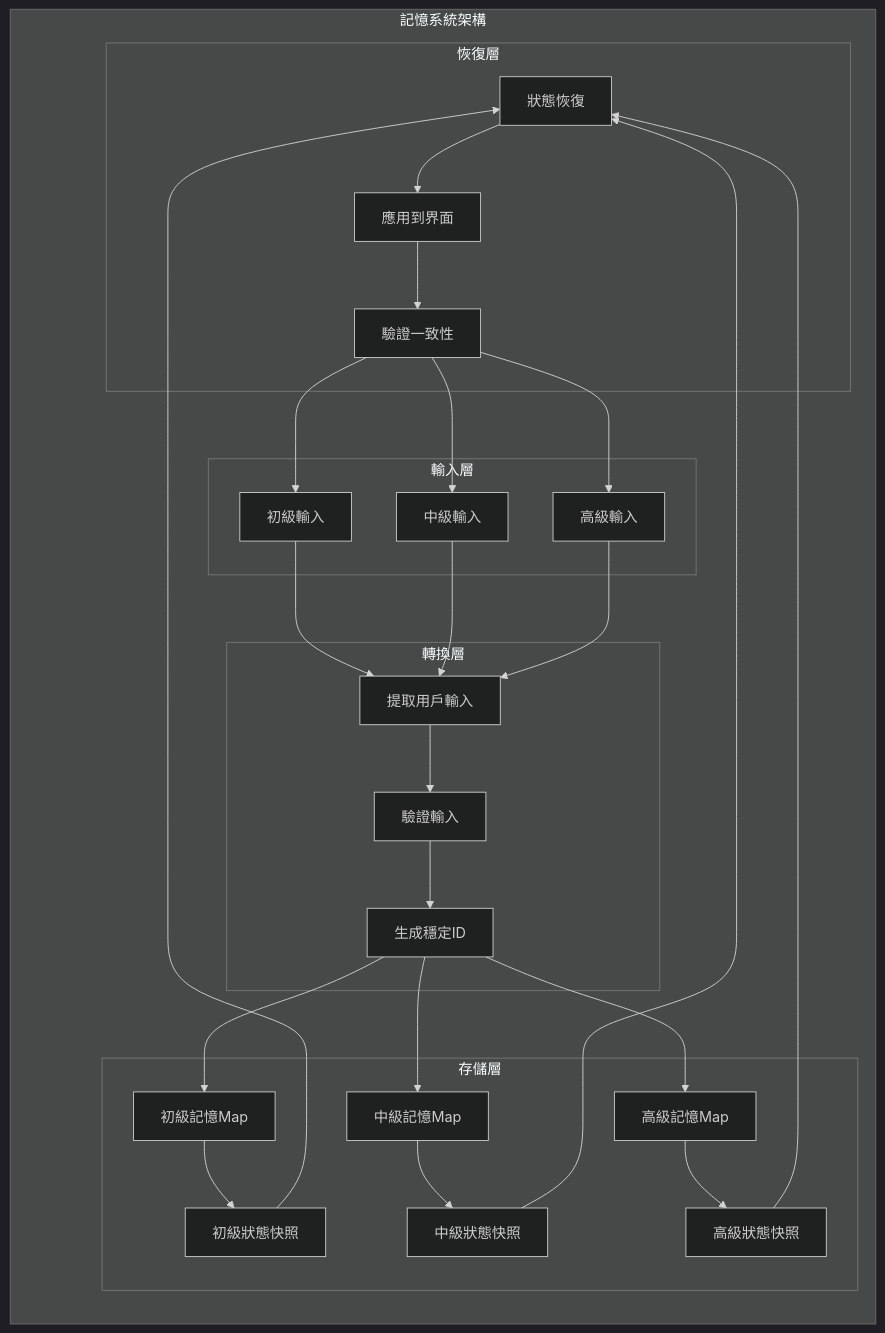
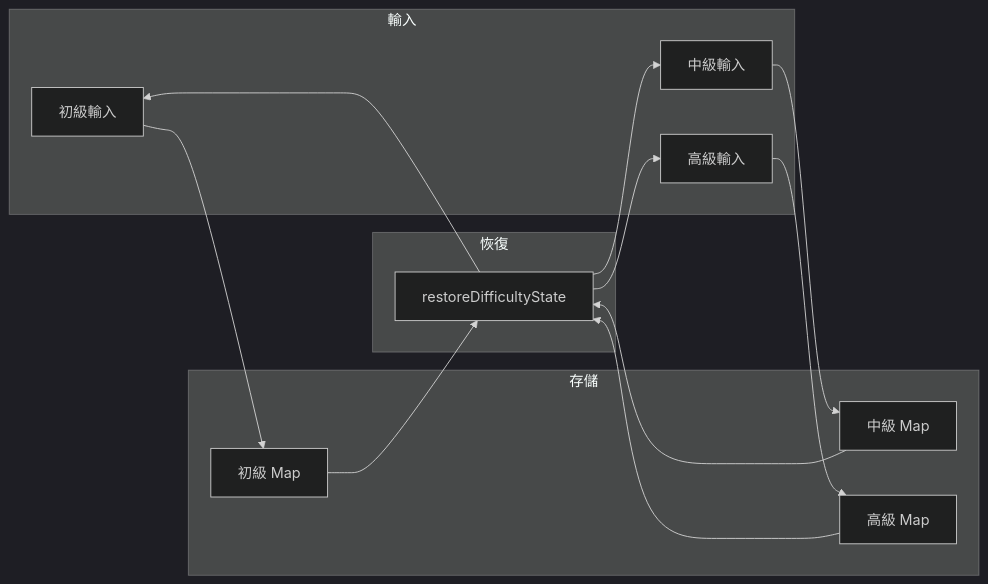
The fifth of 7 diagrams in docs/DICTATION_SYSTEM_ARCHITECTURE.md (crazycjh/language-learning-transcribe), drawn with Mermaid (dark theme) before and after one commit. The commit also changed other lines of this file and 7 other files, not shown here.

````diff
--- a/docs/DICTATION_SYSTEM_ARCHITECTURE.md
+++ b/docs/DICTATION_SYSTEM_ARCHITECTURE.md
@@ -287,55 +132,30 @@
 ```mermaid
 graph LR
-    subgraph "記憶系統架構"
-        subgraph "輸入層"
-            UI1[初級輸入]
-            UI2[中級輸入] 
-            UI3[高級輸入]
-        end
-        
-        subgraph "轉換層"
-            EXTRACT[提取用戶輸入]
-            VALIDATE[驗證輸入]
-            GENERATE_ID[生成穩定ID]
-        end
-        
-        subgraph "存儲層"
-            MAP1[初級記憶Map]
-            MAP2[中級記憶Map]
-            MAP3[高級記憶Map]
-            STATE1[初級狀態快照]
-            STATE2[中級狀態快照]
-            STATE3[高級狀態快照]
-        end
-        
-        subgraph "恢復層"
-            RESTORE[狀態恢復]
-            APPLY[應用到界面]
-            VERIFY[驗證一致性]
-        end
+    subgraph "輸入"
+        UI1[初級輸入]
+        UI2[中級輸入]
+        UI3[高級輸入]
     end
     
-    UI1 --> EXTRACT
-    UI2 --> EXTRACT
-    UI3 --> EXTRACT
+    subgraph "存儲"
+        MAP1[初級 Map]
+        MAP2[中級 Map]
+        MAP3[高級 Map]
+    end
     
-    EXTRACT --> VALIDATE
-    VALIDATE --> GENERATE_ID
-    GENERATE_ID --> MAP1
-    GENERATE_ID --> MAP2
-    GENERATE_ID --> MAP3
+    subgraph "恢復"
+        RESTORE[restoreDifficultyState]
+    end
     
-    MAP1 --> STATE1
-    MAP2 --> STATE2
-    MAP3 --> STATE3
+    UI1 --> MAP1
+    UI2 --> MAP2
+    UI3 --> MAP3
     
-    STATE1 --> RESTORE
-    STATE2 --> RESTORE
-    STATE3 --> RESTORE
+    MAP1 --> RESTORE
+    MAP2 --> RESTORE
+    MAP3 --> RESTORE
     
-    RESTORE --> APPLY
-    APPLY --> VERIFY
-    VERIFY --> UI1
-    VERIFY --> UI2
-    VERIFY --> UI3
+    RESTORE --> UI1
+    RESTORE --> UI2
+    RESTORE --> UI3
 ```
````
